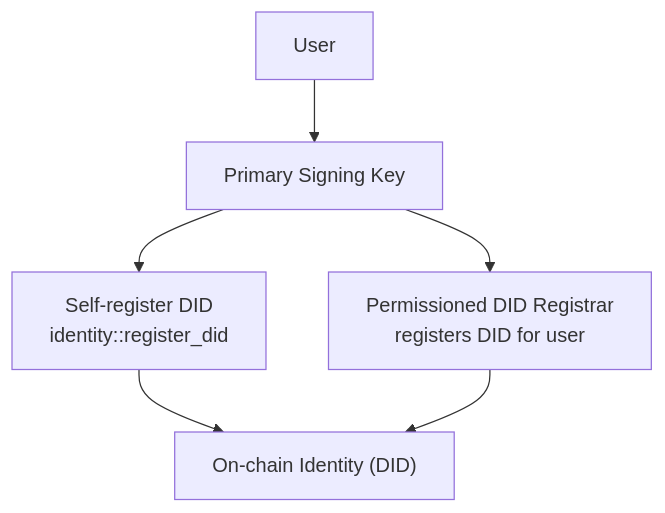
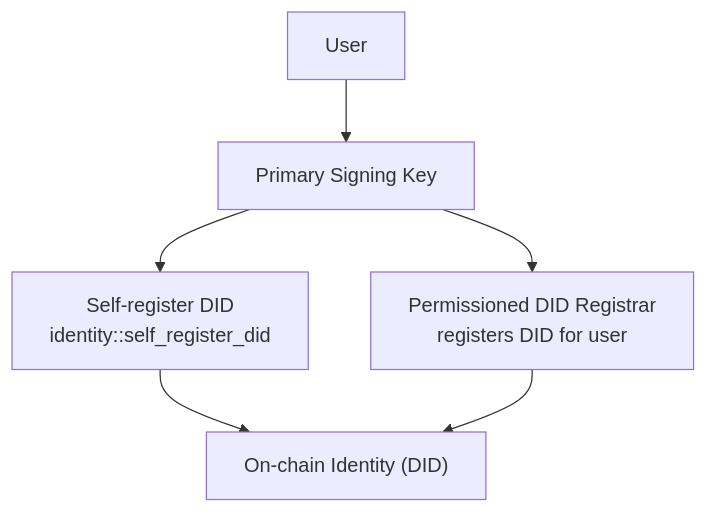
One commit to PolymeshAssociation/polymesh-documentation-site changed the first of 8 diagrams in docs/200-core-concepts/030-identity/index.mdx. Above: the diagram before and after it, drawn with Mermaid. The commit also changed other lines of this file and 23 other files, not shown here.

````diff
--- a/docs/200-core-concepts/030-identity/index.mdx
+++ b/docs/200-core-concepts/030-identity/index.mdx
@@ -75,13 +75,13 @@
 ```mermaid
 flowchart TD
     User["User"]
     UserKey["Primary Signing Key"]
-    SelfReg["Self-register DID<br/>identity::register_did"]
+    SelfReg["Self-register DID<br/>identity::self_register_did"]
     Registrar["Permissioned DID Registrar<br/>registers DID for user"]
     MainDID["On-chain Identity (DID)"]
     User --> UserKey
     UserKey --> SelfReg
     UserKey --> Registrar
     SelfReg --> MainDID
     Registrar --> MainDID
 ```
````
